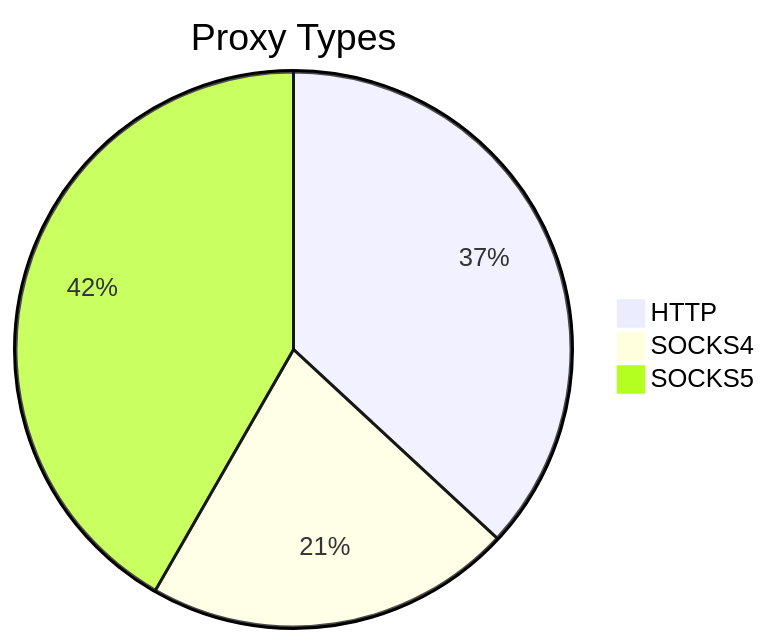
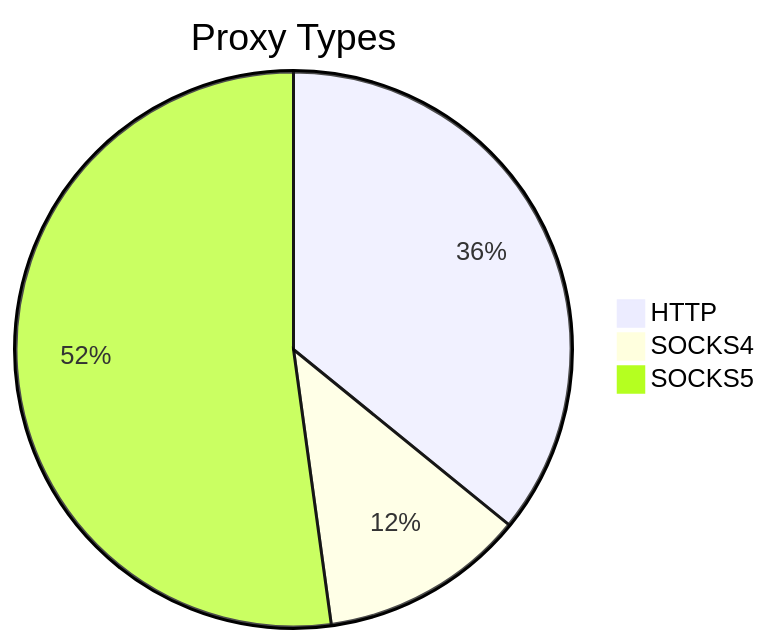
One commit to stormsia/proxy-list changed the first of 2 diagrams in README.md. Above: the diagram before and after it, drawn with Mermaid. The commit also changed other lines of this file, not shown here.

````diff
--- a/README.md
+++ b/README.md
@@ -21,6 +21,6 @@
 ```mermaid
 pie title Proxy Types
-    "HTTP" : 69
-    "SOCKS4" : 40
-    "SOCKS5" : 78
+    "HTTP" : 66
+    "SOCKS4" : 22
+    "SOCKS5" : 96
 ```
````
